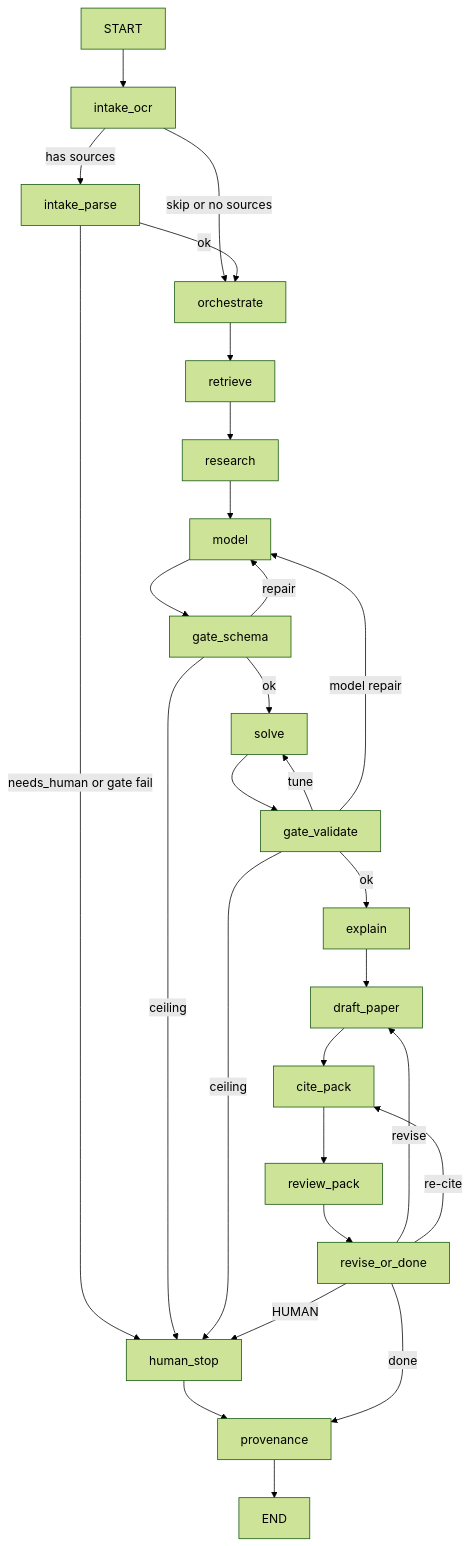
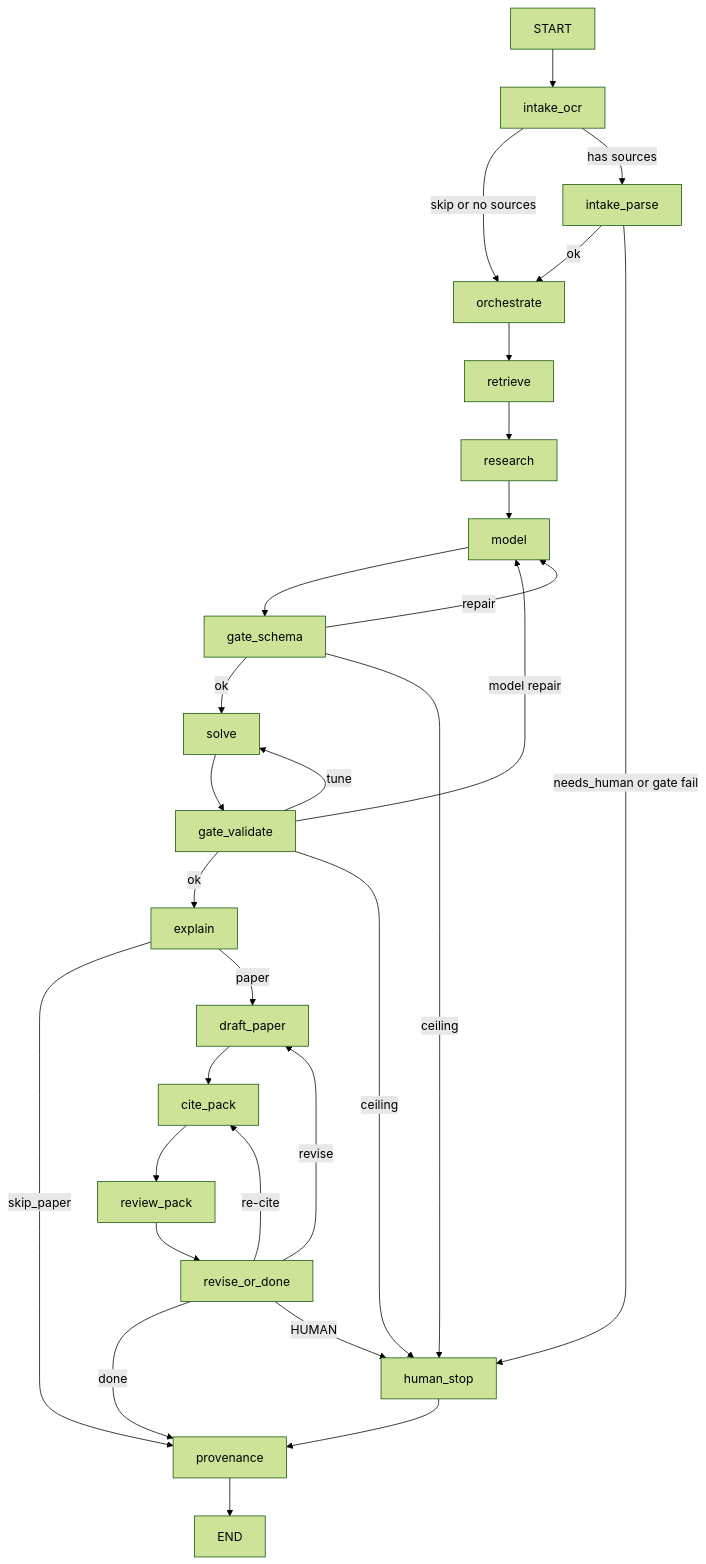
Before and after one commit to lanzaoi/or-path: the diagram in docs/t3-stage-map.mmd, drawn with Mermaid (forest theme). The commit also changed 258 other files, not shown here.

```diff
--- a/docs/t3-stage-map.mmd
+++ b/docs/t3-stage-map.mmd
@@ -1,23 +1,24 @@
 flowchart TD
   START --> intake_ocr
   intake_ocr -->|skip or no sources| orchestrate
   intake_ocr -->|has sources| intake_parse
   intake_parse -->|ok| orchestrate
   intake_parse -->|needs_human or gate fail| human_stop
   orchestrate --> retrieve --> research
   research --> model --> gate_schema
   gate_schema -->|ok| solve
   gate_schema -->|repair| model
   gate_schema -->|ceiling| human_stop
   solve --> gate_validate
   gate_validate -->|ok| explain
   gate_validate -->|tune| solve
   gate_validate -->|model repair| model
   gate_validate -->|ceiling| human_stop
   human_stop --> provenance
-  explain --> draft_paper --> cite_pack --> review_pack --> revise_or_done
+  explain -->|skip_paper| provenance
+  explain -->|paper| draft_paper --> cite_pack --> review_pack --> revise_or_done
   revise_or_done -->|revise| draft_paper
   revise_or_done -->|re-cite| cite_pack
   revise_or_done -->|done| provenance
   revise_or_done -->|HUMAN| human_stop
   provenance --> END
```
